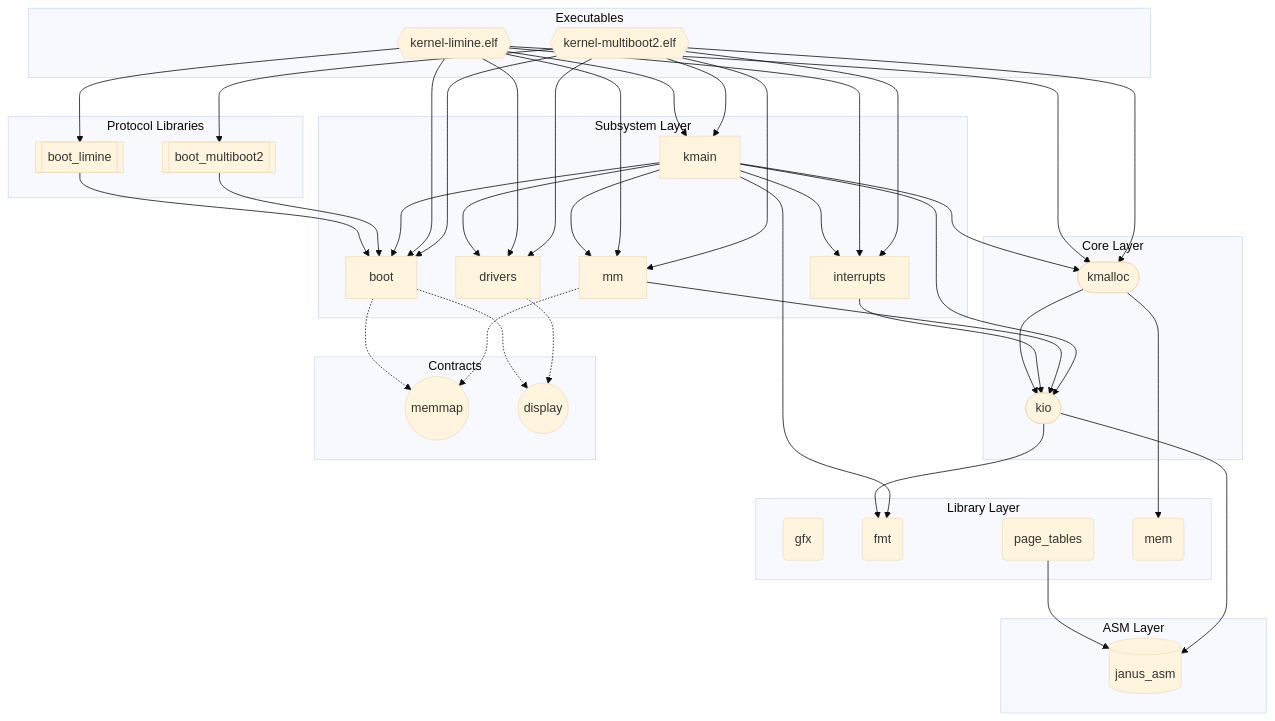
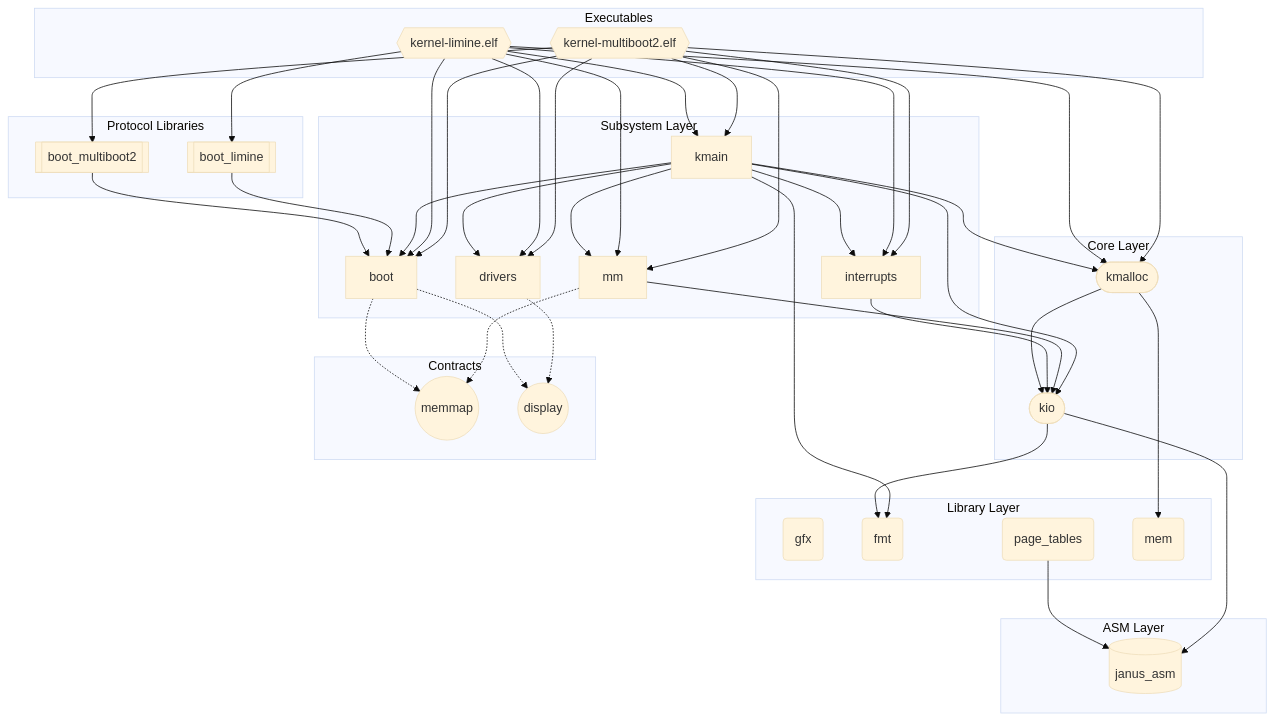
One commit to FrederikTobner/JANUS changed the diagram in docs/generated/deps-x86_64.md. Above: the diagram before and after it, drawn with Mermaid (base theme). The commit also changed other lines of this file and 55 other files, not shown here.

````diff
--- a/docs/generated/deps-x86_64.md
+++ b/docs/generated/deps-x86_64.md
@@ -3,69 +3,69 @@
 ```mermaid
 graph TD
   subgraph library_layer["Library Layer"]
     gfx("gfx")
     fmt("fmt")
     page_tables("page_tables")
     mem("mem")
   end
   subgraph core_layer["Core Layer"]
     kio(["kio"])
     kmalloc(["kmalloc"])
   end
   subgraph subsystem_layer["Subsystem Layer"]
     boot["boot"]
     drivers["drivers"]
     interrupts["interrupts"]
     mm["mm"]
     kmain["kmain"]
   end
   subgraph protocol_libraries["Protocol Libraries"]
+    boot_multiboot2[["boot_multiboot2"]]
     boot_limine[["boot_limine"]]
-    boot_multiboot2[["boot_multiboot2"]]
   end
   subgraph executables["Executables"]
     kernel_limine_elf{{"kernel-limine.elf"}}
     kernel_multiboot2_elf{{"kernel-multiboot2.elf"}}
   end
   subgraph asm_layer["ASM Layer"]
     janus_asm[("janus_asm")]
   end
   subgraph contracts["Contracts"]
     janus_contract_memmap(("memmap"))
     janus_contract_display(("display"))
   end
   page_tables --> janus_asm
   kio --> fmt
   kio --> janus_asm
   kmalloc --> mem
   kmalloc --> kio
   boot -.-> janus_contract_memmap
   boot -.-> janus_contract_display
+  boot_multiboot2 --> boot
   boot_limine --> boot
-  boot_multiboot2 --> boot
   drivers -.-> janus_contract_display
   interrupts --> kio
   mm --> kio
   mm -.-> janus_contract_memmap
   kmain --> drivers
   kmain --> boot
   kmain --> fmt
   kmain --> interrupts
   kmain --> kio
   kmain --> kmalloc
   kmain --> mm
   kernel_limine_elf --> boot
   kernel_limine_elf --> boot_limine
   kernel_limine_elf --> drivers
   kernel_limine_elf --> interrupts
   kernel_limine_elf --> kmalloc
   kernel_limine_elf --> mm
   kernel_limine_elf --> kmain
   kernel_multiboot2_elf --> boot
   kernel_multiboot2_elf --> boot_multiboot2
   kernel_multiboot2_elf --> drivers
   kernel_multiboot2_elf --> interrupts
   kernel_multiboot2_elf --> kmalloc
   kernel_multiboot2_elf --> mm
   kernel_multiboot2_elf --> kmain
 ```
````
